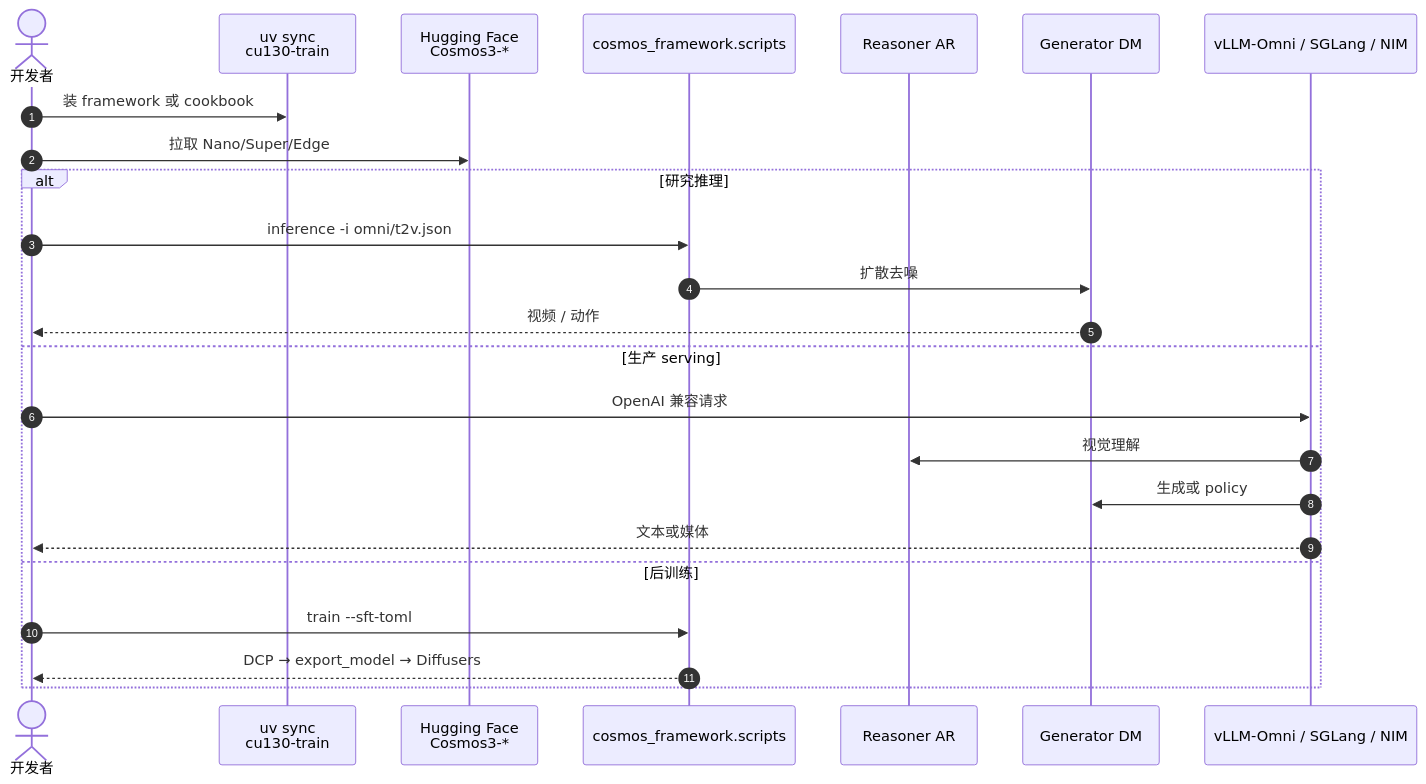
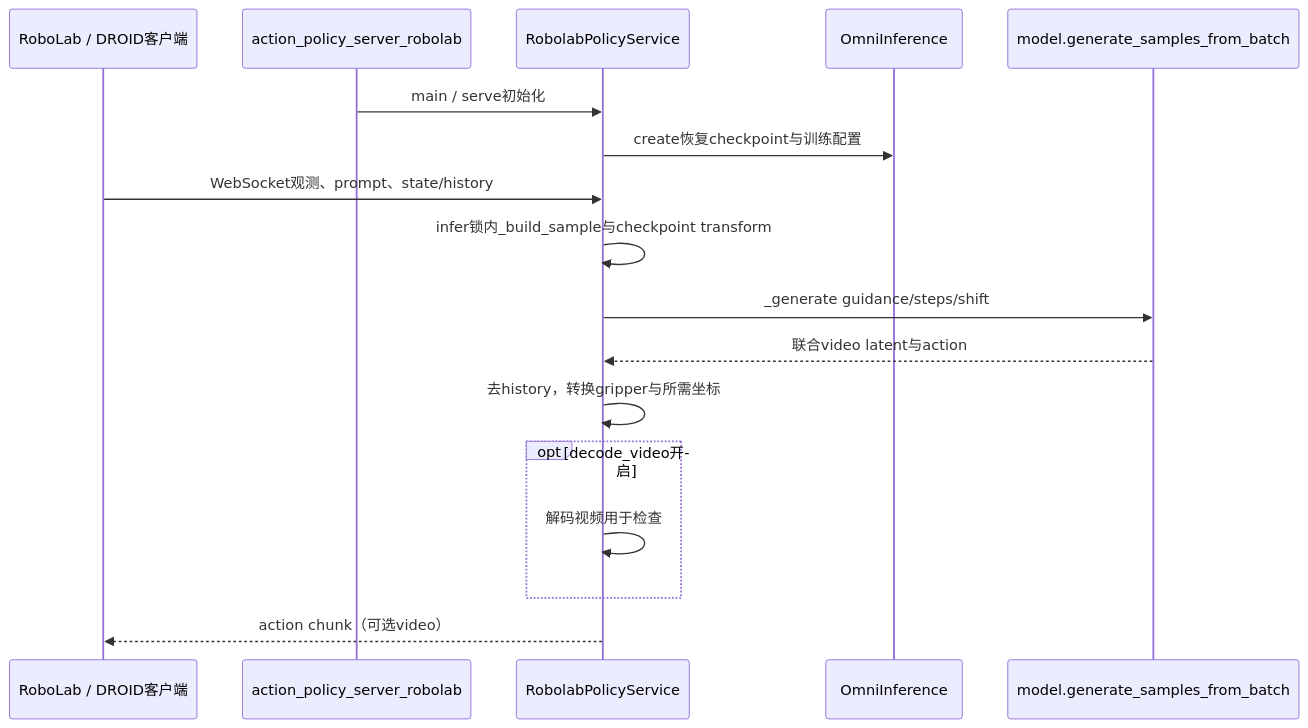
One commit to ImChong/Robotics_Notebooks changed the second of 3 diagrams in wiki/entities/cosmos-3.md. Above: the diagram before and after it, drawn with Mermaid. The commit also changed other lines of this file and 208 other files, not shown here.

Commit message:
[2026-11-14] ingest | roadmap/depth-wam.md — 补齐 WAM 全部节点原文证据与满分健康度

````diff
--- a/wiki/entities/cosmos-3.md
+++ b/wiki/entities/cosmos-3.md
@@ -172,26 +176,19 @@
 ```mermaid
 sequenceDiagram
-    autonumber
-    actor Dev as 开发者
-    participant UV as uv sync<br/>cu130-train
-    participant HF as Hugging Face<br/>Cosmos3-*
-    participant FW as cosmos_framework.scripts
-    participant R as Reasoner AR
-    participant G as Generator DM
-    participant API as vLLM-Omni / SGLang / NIM
-    Dev->>UV: 装 framework 或 cookbook
-    Dev->>HF: 拉取 Nano/Super/Edge
-    alt 研究推理
-      Dev->>FW: inference -i omni/t2v.json
-      FW->>G: 扩散去噪
-      G-->>Dev: 视频 / 动作
-    else 生产 serving
-      Dev->>API: OpenAI 兼容请求
-      API->>R: 视觉理解
-      API->>G: 生成或 policy
-      API-->>Dev: 文本或媒体
-    else 后训练
-      Dev->>FW: train --sft-toml
-      FW-->>Dev: DCP → export_model → Diffusers
-    end
+  participant C as RoboLab / DROID客户端
+  participant S as action_policy_server_robolab
+  participant P as RobolabPolicyService
+  participant I as OmniInference
+  participant M as model.generate_samples_from_batch
+  S->>P: main / serve初始化
+  P->>I: create恢复checkpoint与训练配置
+  C->>P: WebSocket观测、prompt、state/history
+  P->>P: infer锁内_build_sample与checkpoint transform
+  P->>M: _generate guidance/steps/shift
+  M-->>P: 联合video latent与action
+  P->>P: 去history，转换gripper与所需坐标
+  opt decode_video开启
+    P->>P: 解码视频用于检查
+  end
+  P-->>C: action chunk（可选video）
 ```
````
